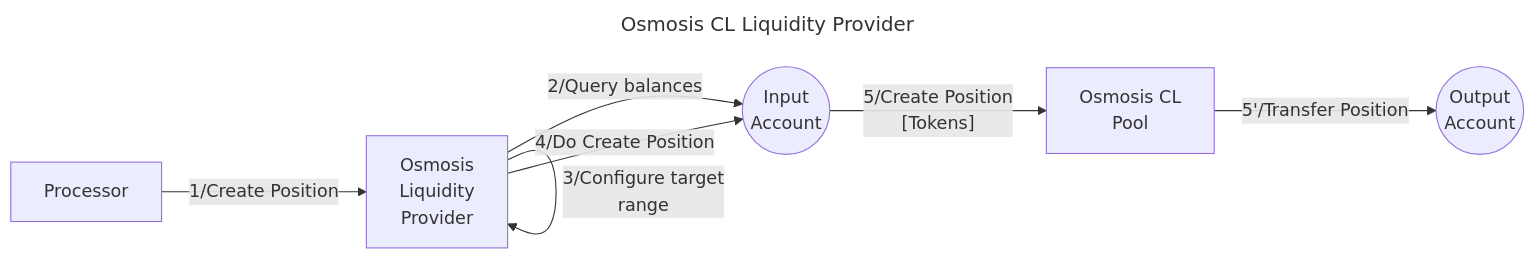
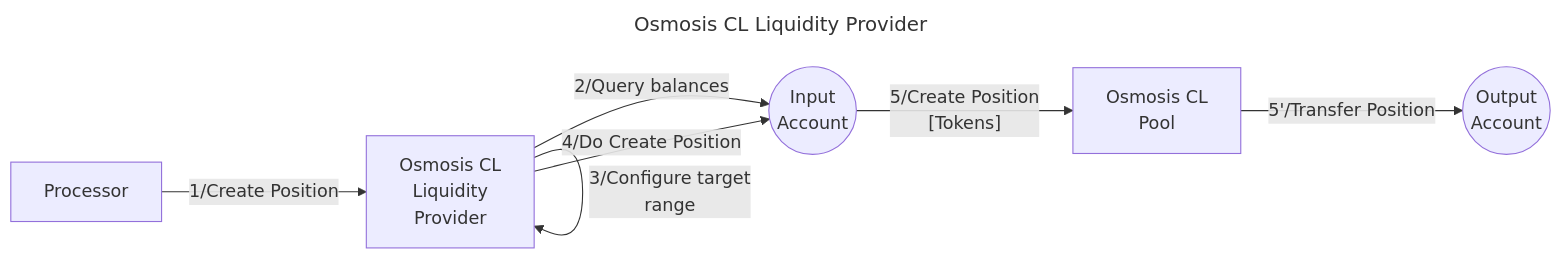
The diagram in docs/src/libraries/osmosis-cl-lper.md (timewave-computer/valence-protocol), drawn with Mermaid before and after one commit. The commit also changed 4 other files, not shown here.

````diff
--- a/docs/src/libraries/osmosis-cl-lper.md
+++ b/docs/src/libraries/osmosis-cl-lper.md
@@ -8,25 +8,25 @@
 ```mermaid
 ---
 title: Osmosis CL Liquidity Provider
 ---
 graph LR
   IA((Input
       Account))
   OA((Output
 		  Account))
   P[Processor]
-  S[Osmosis
+  S[Osmosis CL
       Liquidity
       Provider]
   AP[Osmosis CL
      Pool]
   P -- 1/Create Position --> S
   S -- 2/Query balances --> IA
   S -- 3/Configure target
     range --> S
   S -- 4/Do Create Position --> IA
   IA -- 5/Create Position
 				  [Tokens] --> AP
   AP -- 5'/Transfer Position --> OA
 
 ```
````
